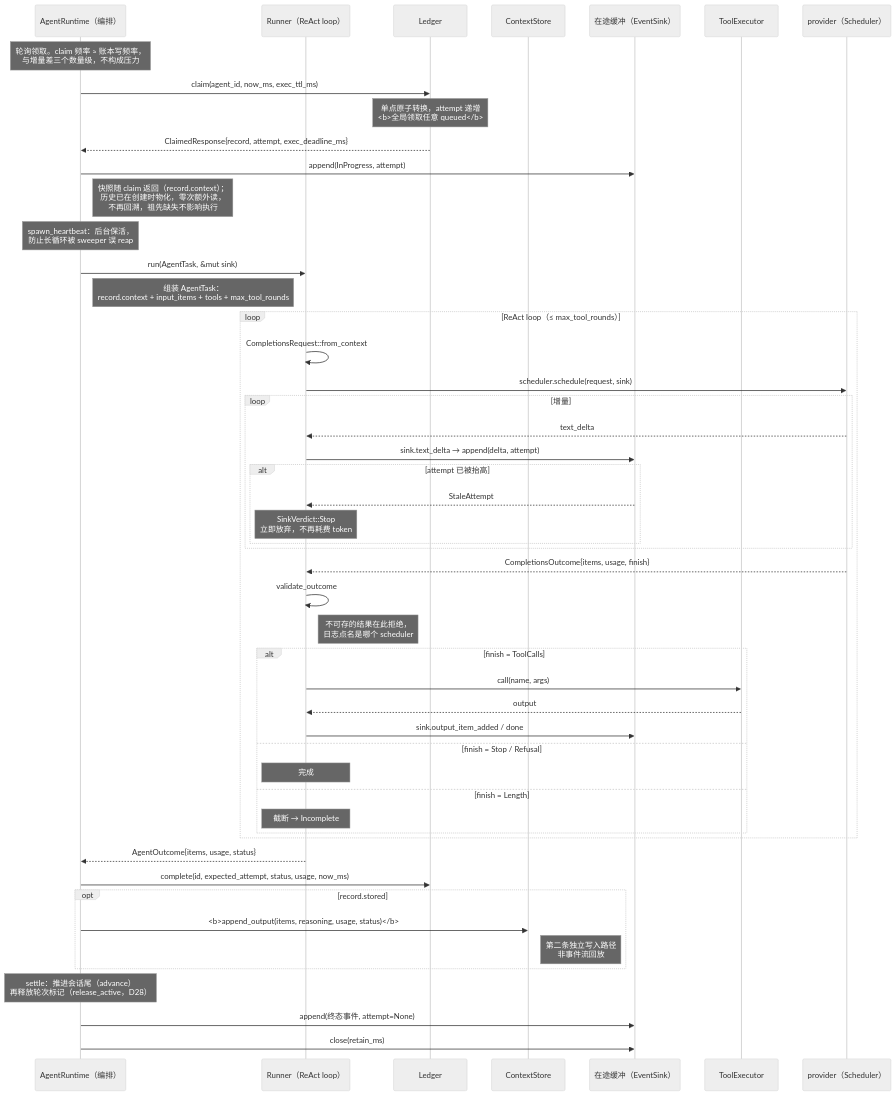
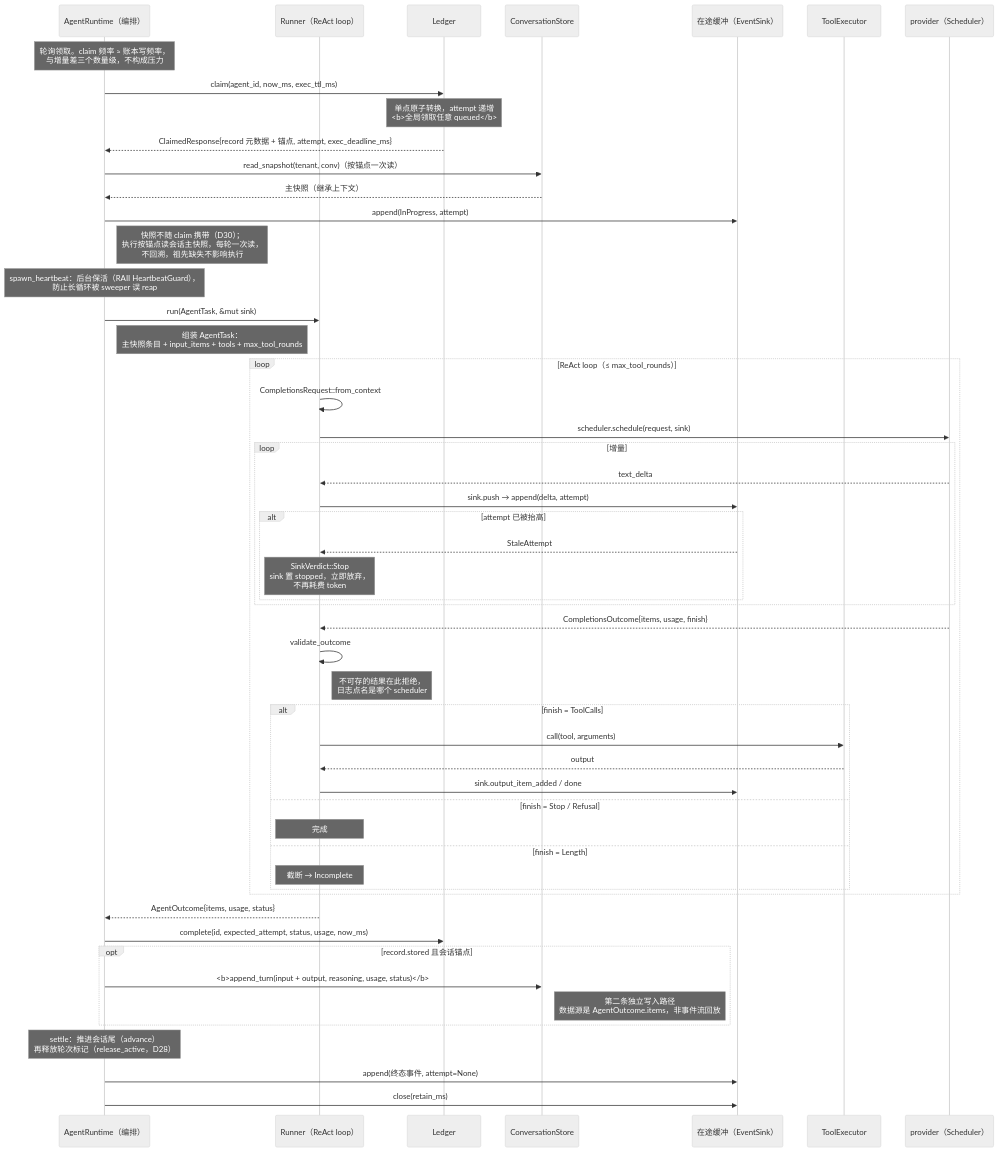
Before and after one commit to charleslyh/nova-chat: the fourth of 8 diagrams in docs/design/00-architecture-review.md, drawn with Mermaid (neutral theme). The commit also changed other lines of this file and 58 other files, not shown here.

First line of the commit message:
refactor(responses): split storage per D30 — responses on event stream, conversation holds durable snapshot

````diff
--- a/docs/design/00-architecture-review.md
+++ b/docs/design/00-architecture-review.md
@@ -371,60 +375,62 @@
 ```mermaid
 sequenceDiagram
     participant RT as AgentRuntime（编排）
     participant RN as Runner（ReAct loop）
     participant L as Ledger
-    participant S as ContextStore
+    participant S as ConversationStore
     participant B as 在途缓冲（EventSink）
     participant T as ToolExecutor
     participant P as provider（Scheduler）
 
     Note over RT: 轮询领取。claim 频率 ≈ 账本写频率，<br/>与增量差三个数量级，不构成压力
     RT->>L: claim(agent_id, now_ms, exec_ttl_ms)
     Note over L: 单点原子转换，attempt 递增<br/><b>全局领取任意 queued</b>
-    L-->>RT: ClaimedResponse{record, attempt, exec_deadline_ms}
+    L-->>RT: ClaimedResponse{record 元数据 + 锚点, attempt, exec_deadline_ms}
+    RT->>S: read_snapshot(tenant, conv)（按锚点一次读）
+    S-->>RT: 主快照（继承上下文）
     RT->>B: append(InProgress, attempt)
 
-    Note right of RT: 快照随 claim 返回（record.context）；<br/>历史已在创建时物化，零次额外读，<br/>不再回溯，祖先缺失不影响执行
-    Note over RT: spawn_heartbeat：后台保活，<br/>防止长循环被 sweeper 误 reap
+    Note right of RT: 快照不随 claim 携带（D30）；<br/>执行按锚点读会话主快照，每轮一次读，<br/>不回溯，祖先缺失不影响执行
+    Note over RT: spawn_heartbeat：后台保活（RAII HeartbeatGuard），<br/>防止长循环被 sweeper 误 reap
 
     RT->>RN: run(AgentTask, &mut sink)
-    Note right of RT: 组装 AgentTask：<br/>record.context + input_items + tools + max_tool_rounds
+    Note right of RT: 组装 AgentTask：<br/>主快照条目 + input_items + tools + max_tool_rounds
 
     loop ReAct loop（≤ max_tool_rounds）
         RN->>RN: CompletionsRequest::from_context
         RN->>P: scheduler.schedule(request, sink)
 
         loop 增量
             P-->>RN: text_delta
-            RN->>B: sink.text_delta → append(delta, attempt)
+            RN->>B: sink.push → append(delta, attempt)
             alt attempt 已被抬高
                 B-->>RN: StaleAttempt
-                Note over RN: SinkVerdict::Stop<br/>立即放弃，不再耗费 token
+                Note over RN: SinkVerdict::Stop<br/>sink 置 stopped，立即放弃，<br/>不再耗费 token
             end
         end
 
         P-->>RN: CompletionsOutcome{items, usage, finish}
         RN->>RN: validate_outcome
         Note right of RN: 不可存的结果在此拒绝，<br/>日志点名是哪个 scheduler
 
         alt finish = ToolCalls
-            RN->>T: call(name, args)
+            RN->>T: call(tool, arguments)
             T-->>RN: output
             RN->>B: sink.output_item_added / done
         else finish = Stop / Refusal
             Note over RN: 完成
         else finish = Length
             Note over RN: 截断 → Incomplete
         end
     end
 
     RN-->>RT: AgentOutcome{items, usage, status}
     RT->>L: complete(id, expected_attempt, status, usage, now_ms)
-    opt record.stored
-    RT->>S: <b>append_output(items, reasoning, usage, status)</b>
-    Note right of S: 第二条独立写入路径<br/>非事件流回放
+    opt record.stored 且会话锚点
+    RT->>S: <b>append_turn(input + output, reasoning, usage, status)</b>
+    Note right of S: 第二条独立写入路径<br/>数据源是 AgentOutcome.items，非事件流回放
     end
     Note over RT: settle：推进会话尾（advance）<br/>再释放轮次标记（release_active，D28）
     RT->>B: append(终态事件, attempt=None)
     RT->>B: close(retain_ms)
 ```
````
